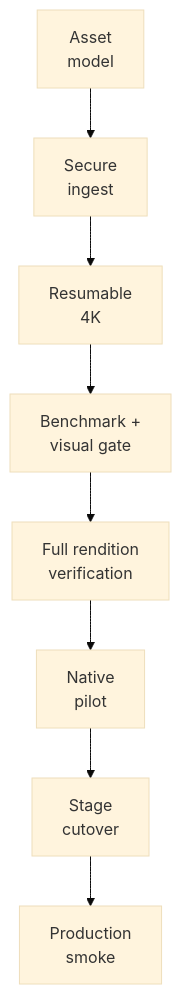
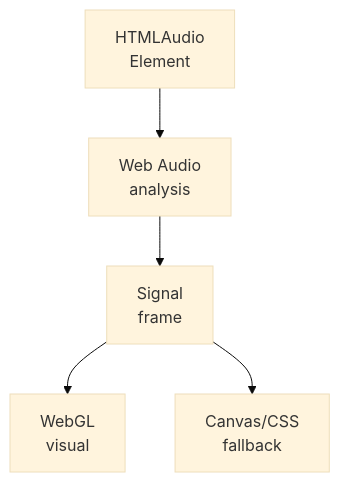
Before and after one commit to wilderruiz/millenova-project: the sixth of 6 diagrams in docs/media/NATIVE_MEDIA_ENGINEERING.md, drawn with Mermaid (base theme). The commit also changed other lines of this file, not shown here.

Commit message:
docs: expand native media engineering for MP3 genome architecture

````diff
--- a/docs/media/NATIVE_MEDIA_ENGINEERING.md
+++ b/docs/media/NATIVE_MEDIA_ENGINEERING.md
@@ -419,10 +186,7 @@
 ```mermaid
 flowchart TD
-    MODEL["Asset<br/>model"] --> INGEST["Secure<br/>ingest"]
-    INGEST --> RESUME["Resumable<br/>4K"]
-    RESUME --> BENCH["Benchmark +<br/>visual gate"]
-    BENCH --> REND["Full rendition<br/>verification"]
-    REND --> PILOT["Native<br/>pilot"]
-    PILOT --> STAGE["Stage<br/>cutover"]
-    STAGE --> PROD["Production<br/>smoke"]
+    AUDIO["HTMLAudio<br/>Element"] --> ANALYZE["Web Audio<br/>analysis"]
+    ANALYZE --> FRAME["Signal<br/>frame"]
+    FRAME --> GPU["WebGL<br/>visual"]
+    FRAME --> LIGHT["Canvas/CSS<br/>fallback"]
 ```
````
